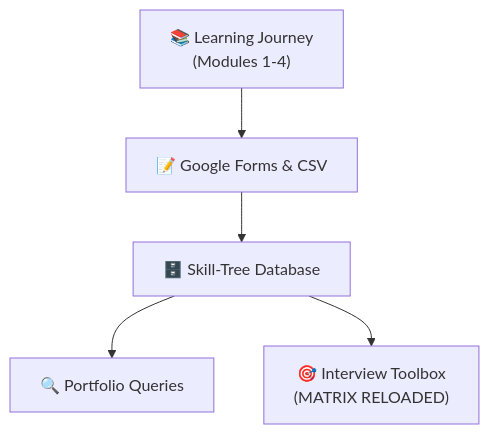
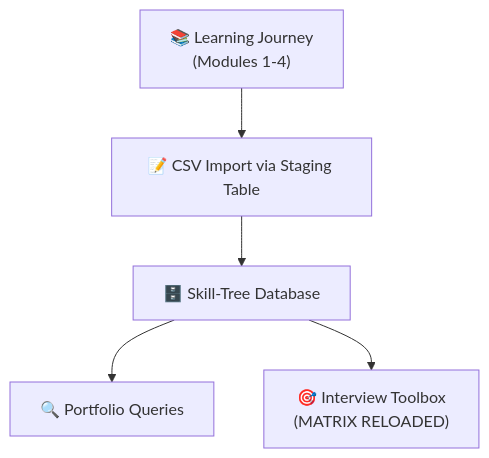
The fourth of 6 diagrams in Level-1-beginner/Guides/Section1-ACQUIRE/SECTION1_COMPLETION_ANALYZE.md (uniqueumamaheswari-universe/SQLVerse), drawn with Mermaid before and after one commit. The commit also changed other lines of this file and 9 other files, not shown here.

````diff
--- a/Level-1-beginner/Guides/Section1-ACQUIRE/SECTION1_COMPLETION_ANALYZE.md
+++ b/Level-1-beginner/Guides/Section1-ACQUIRE/SECTION1_COMPLETION_ANALYZE.md
@@ -88,7 +117,7 @@
 ```mermaid
 graph TD
-    A["📚 Learning Journey<br/>(Modules 1-4)"] --> B["📝 Google Forms & CSV"]
+    A["📚 Learning Journey<br/>(Modules 1-4)"] --> B["📝 CSV Import via Staging Table"]
     B --> C["🗄️ Skill‑Tree Database"]
     C --> D["🔍 Portfolio Queries"]
     C --> E["🎯 Interview Toolbox<br/>(MATRIX RELOADED)"]
 ```
````
